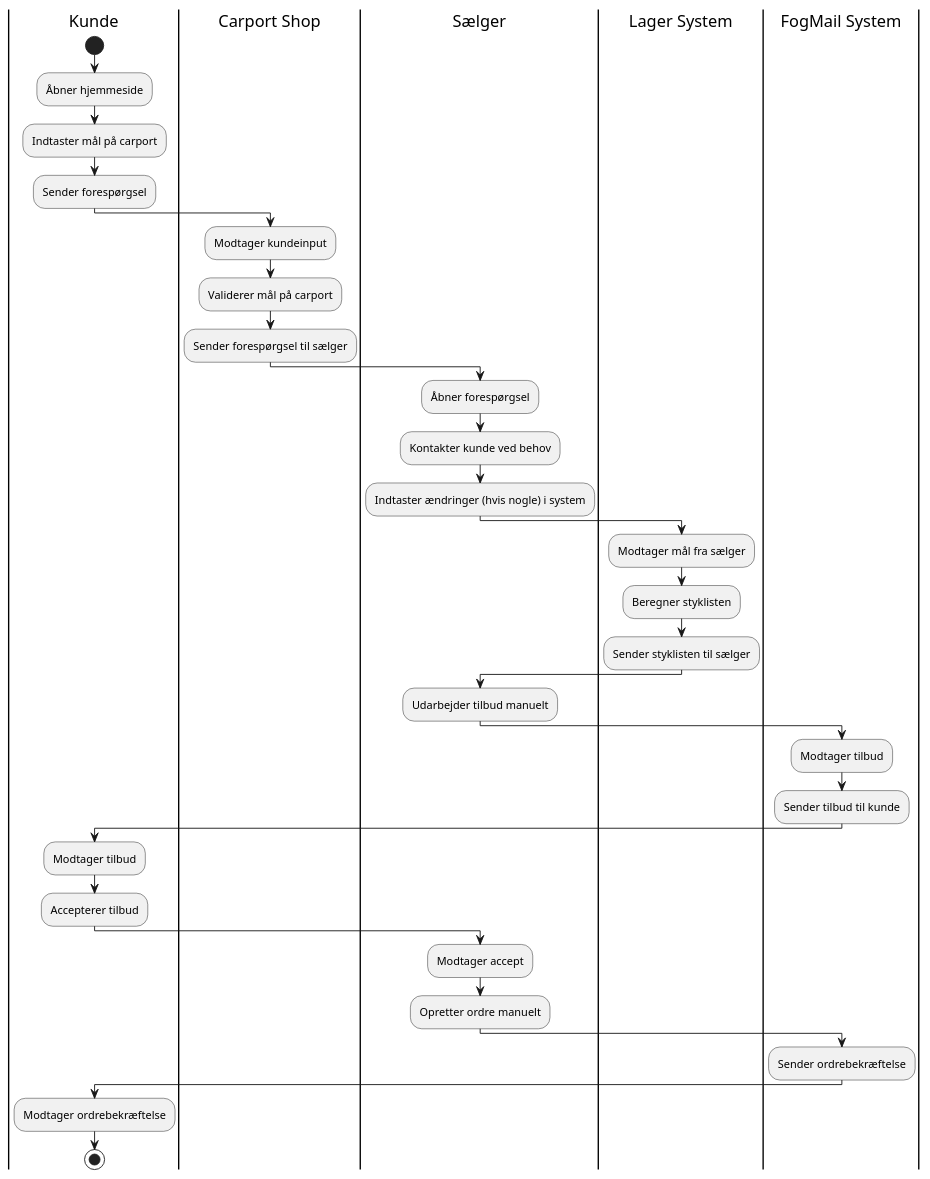
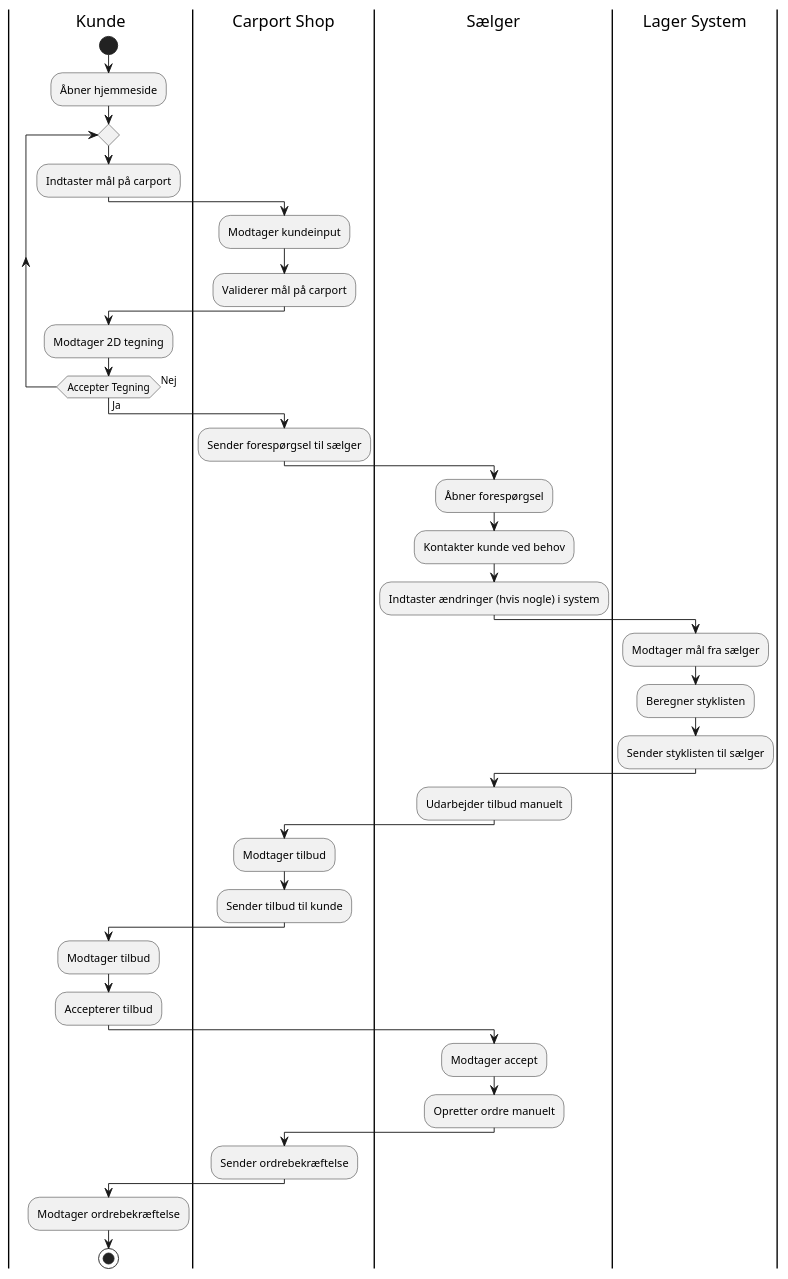
Before and after one commit to Obliwobbi/FogCarport: the diagram in docs/TO-BE.puml, drawn with PlantUML.

Commit message:
finished TO-BE

```diff
--- a/docs/TO-BE.puml
+++ b/docs/TO-BE.puml
@@ -1,44 +1,52 @@
 @startuml
 |Kunde|
 start
 :Åbner hjemmeside;
+
+repeat
 :Indtaster mål på carport;
-:Sender forespørgsel;
+
+    |Carport Shop|
+    :Modtager kundeinput;
+    :Validerer mål på carport;
+
+    |Kunde|
+    :Modtager 2D tegning;
+
+repeat while (Accepter Tegning) is (Nej) not  (Ja)
 
 |Carport Shop|
-:Modtager kundeinput;
-:Validerer mål på carport;
 :Sender forespørgsel til sælger;
 
 |Sælger|
 :Åbner forespørgsel;
 :Kontakter kunde ved behov;
 :Indtaster ændringer (hvis nogle) i system;
 
 |Lager System|
 :Modtager mål fra sælger;
 :Beregner styklisten;
 :Sender styklisten til sælger;
 
 |Sælger|
 :Udarbejder tilbud manuelt;
 
-|FogMail System|
+|Carport Shop|
 :Modtager tilbud;
 :Sender tilbud til kunde;
 
 |Kunde|
 :Modtager tilbud;
 :Accepterer tilbud;
 
 |Sælger|
 :Modtager accept;
 :Opretter ordre manuelt;
 
-|FogMail System|
+|Carport Shop|
 :Sender ordrebekræftelse;
 
 |Kunde|
 :Modtager ordrebekræftelse;
 stop
 @enduml
```
